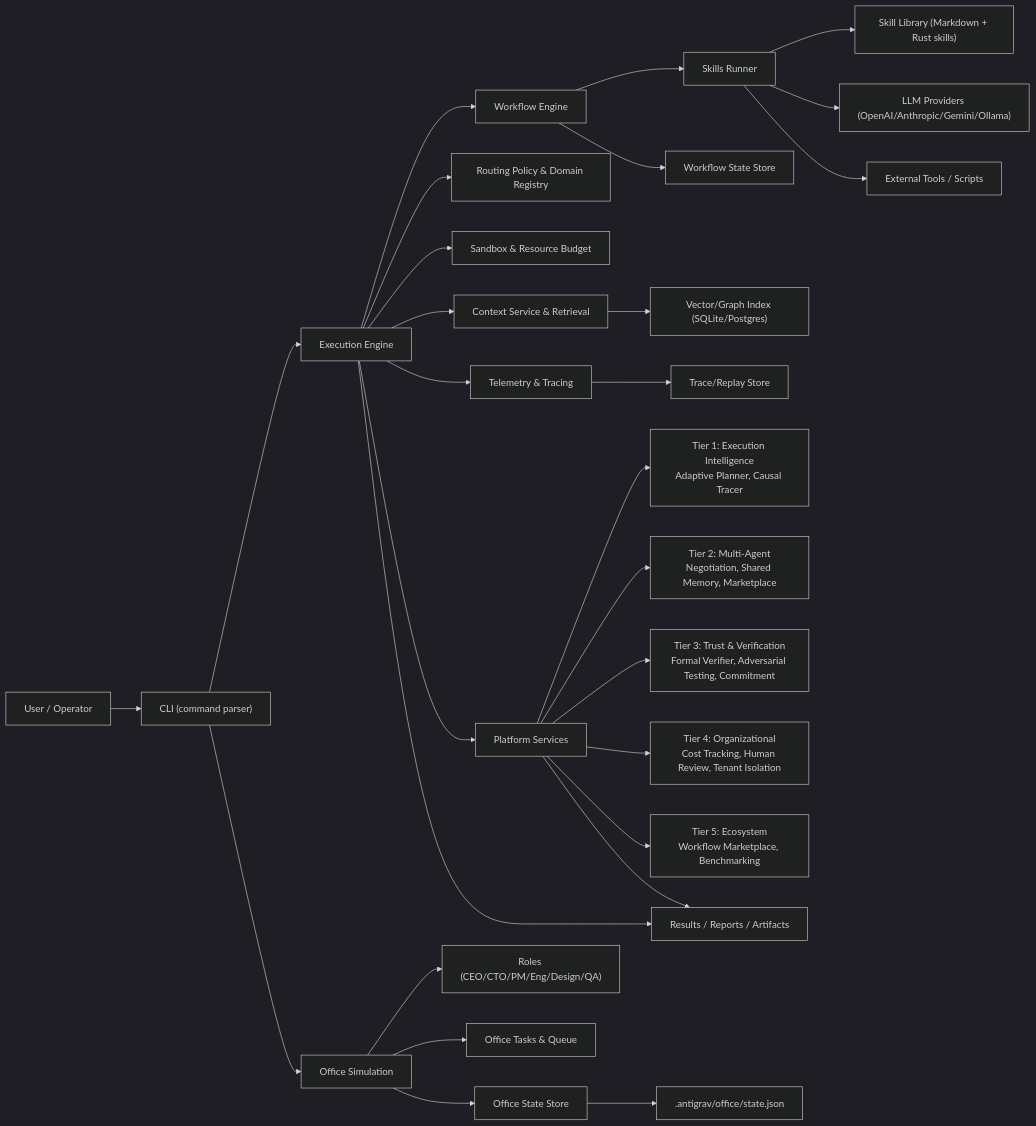
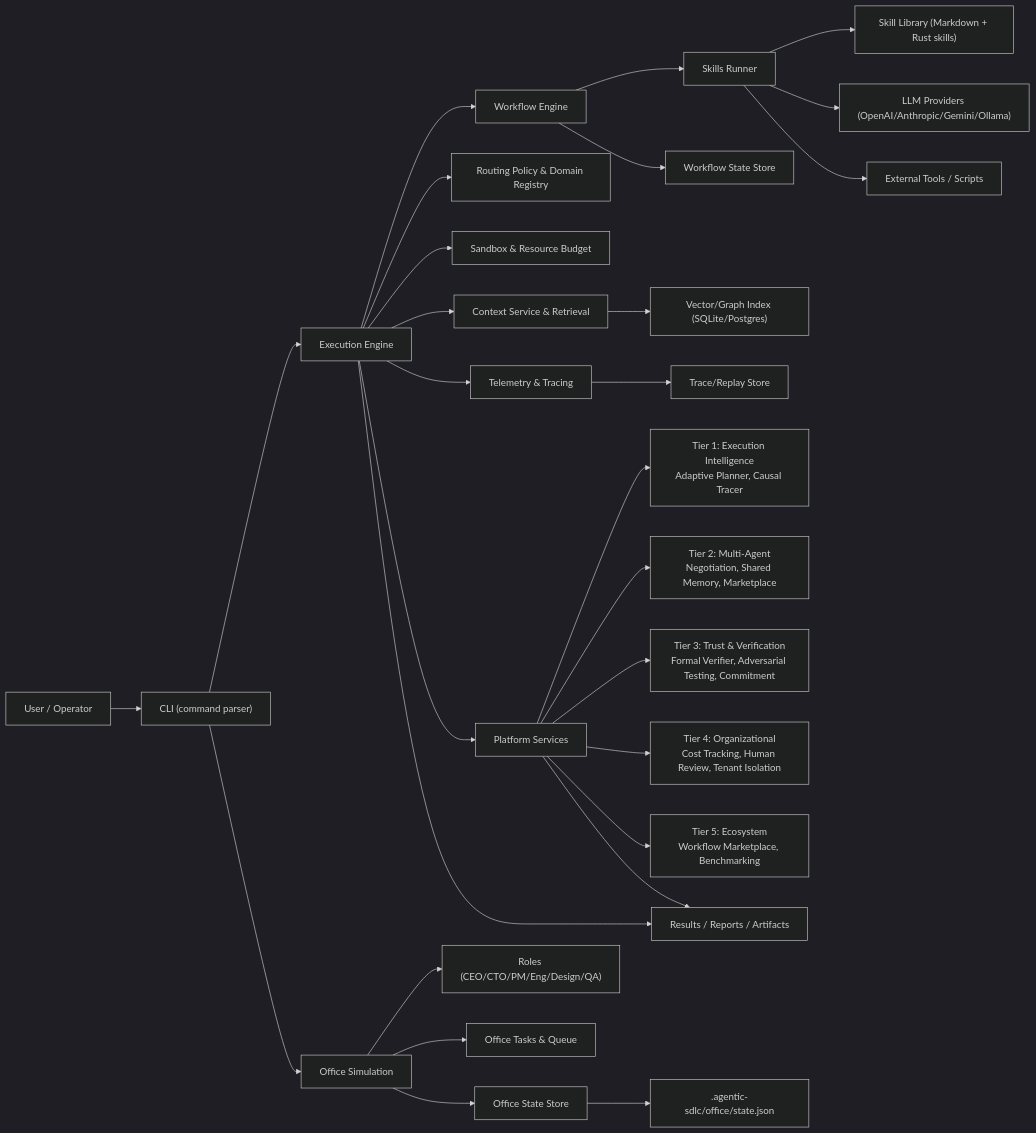
The second of 4 diagrams in docs/ARCHITECTURE_DIAGRAM.md (truongnat/aix), drawn with Mermaid (dark theme) before and after one commit. The commit also changed other lines of this file and 249 other files, not shown here.

Commit message:
feat: add bug assistant and rename antigrav to agentic-sdlc

````diff
--- a/docs/ARCHITECTURE_DIAGRAM.md
+++ b/docs/ARCHITECTURE_DIAGRAM.md
@@ -53,36 +53,36 @@
 ```mermaid
 flowchart LR
     User["User / Operator"] --> CLI["CLI (command parser)"]
     CLI --> Engine["Execution Engine"]
     CLI --> Office["Office Simulation"]
 
     Engine --> Workflow["Workflow Engine"]
     Engine --> Routing["Routing Policy & Domain Registry"]
     Engine --> Sandbox["Sandbox & Resource Budget"]
     Engine --> Context["Context Service & Retrieval"]
     Engine --> Telemetry["Telemetry & Tracing"]
 
     Workflow --> Skills["Skills Runner"]
     Skills --> SkillLib["Skill Library (Markdown + Rust skills)"]
     Skills --> LLMs["LLM Providers (OpenAI/Anthropic/Gemini/Ollama)"]
     Skills --> Tools["External Tools / Scripts"]
 
     Engine --> Platform["Platform Services"]
     Platform --> Tier1["Tier 1: Execution Intelligence\nAdaptive Planner, Causal Tracer"]
     Platform --> Tier2["Tier 2: Multi‑Agent\nNegotiation, Shared Memory, Marketplace"]
     Platform --> Tier3["Tier 3: Trust & Verification\nFormal Verifier, Adversarial Testing, Commitment"]
     Platform --> Tier4["Tier 4: Organizational\nCost Tracking, Human Review, Tenant Isolation"]
     Platform --> Tier5["Tier 5: Ecosystem\nWorkflow Marketplace, Benchmarking"]
 
     Office --> OfficeRoles["Roles (CEO/CTO/PM/Eng/Design/QA)"]
     Office --> OfficeTasks["Office Tasks & Queue"]
     Office --> OfficeState["Office State Store"]
 
     Workflow --> StateStore["Workflow State Store"]
     Context --> VectorStore["Vector/Graph Index (SQLite/Postgres)"]
     Telemetry --> TraceStore["Trace/Replay Store"]
-    OfficeState --> LocalState[".antigrav/office/state.json"]
+    OfficeState --> LocalState[".agentic-sdlc/office/state.json"]
 
     Engine --> Output["Results / Reports / Artifacts"]
     Platform --> Output
 ```
````
